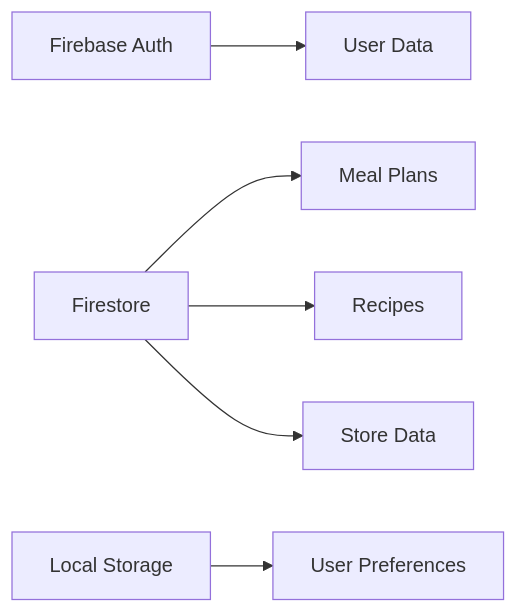
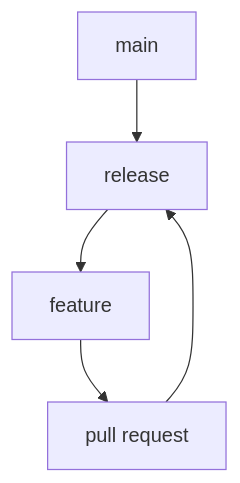
Before and after one commit to KhotsoT/FlavrMap: the fourth of 4 diagrams in memory-bank/systemPatterns.md, drawn with Mermaid. The commit also changed other lines of this file and 21 other files, not shown here.

````diff
--- a/memory-bank/systemPatterns.md
+++ b/memory-bank/systemPatterns.md
@@ -60,8 +227,7 @@
 ```mermaid
-graph LR
-    A[Firebase Auth] --> B[User Data]
-    C[Firestore] --> D[Meal Plans]
-    C --> E[Recipes]
-    C --> F[Store Data]
-    G[Local Storage] --> H[User Preferences]
+flowchart TD
+    Main[main] --> Release[release]
+    Release --> Feature[feature]
+    Feature --> PR[pull request]
+    PR --> Release
 ```
````
